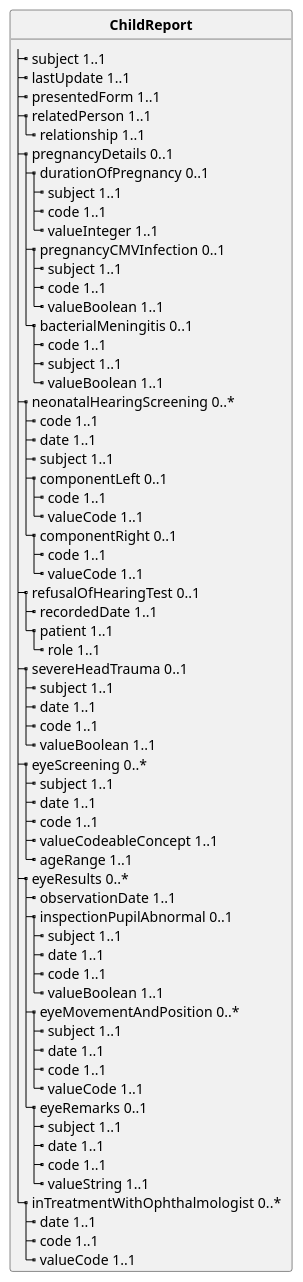
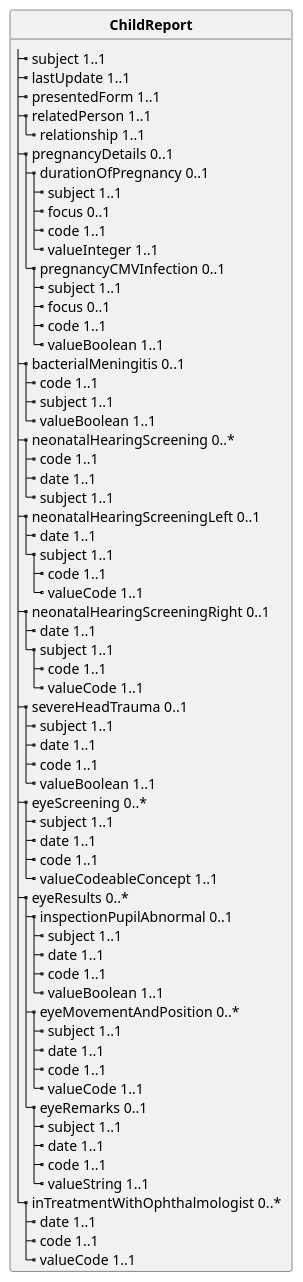
One commit to hl7-be/childrecord changed the diagram in input/images-source/childrecordmodel.plantuml. Above: the diagram before and after it, drawn with PlantUML. The commit also changed other lines of this file, not shown here.

Commit message:
update diagram

```diff
--- a/input/images-source/childrecordmodel.plantuml
+++ b/input/images-source/childrecordmodel.plantuml
@@ -1,72 +1,72 @@
 @startuml
 skinparam linetype polyline
 hide circle
 hide stereotype
 
 class "**ChildReport**" as ChildReport {
   |_ subject 1..1   
   |_ lastUpdate 1..1   
   |_ presentedForm 1..1   
   |_ relatedPerson 1..1   
     |_ relationship 1..1   
   |_ pregnancyDetails 0..1   
     |_ durationOfPregnancy 0..1   
       |_ subject 1..1   
+      |_ focus 0..1   
       |_ code 1..1   
       |_ valueInteger 1..1   
     |_ pregnancyCMVInfection 0..1   
       |_ subject 1..1   
+      |_ focus 0..1   
       |_ code 1..1   
       |_ valueBoolean 1..1   
-    |_ bacterialMeningitis 0..1   
-      |_ code 1..1   
-      |_ subject 1..1   
-      |_ valueBoolean 1..1   
+  |_ bacterialMeningitis 0..1   
+    |_ code 1..1   
+    |_ subject 1..1   
+    |_ valueBoolean 1..1   
   |_ neonatalHearingScreening 0..*   
     |_ code 1..1   
     |_ date 1..1   
     |_ subject 1..1   
-    |_ componentLeft 0..1   
+  |_ neonatalHearingScreeningLeft 0..1   
+    |_ date 1..1   
+    |_ subject 1..1   
       |_ code 1..1   
       |_ valueCode 1..1   
-    |_ componentRight 0..1   
+  |_ neonatalHearingScreeningRight 0..1   
+    |_ date 1..1   
+    |_ subject 1..1   
       |_ code 1..1   
       |_ valueCode 1..1   
-  |_ refusalOfHearingTest 0..1   
-    |_ recordedDate 1..1   
-    |_ patient 1..1   
-      |_ role 1..1   
   |_ severeHeadTrauma 0..1   
     |_ subject 1..1   
     |_ date 1..1   
     |_ code 1..1   
     |_ valueBoolean 1..1   
   |_ eyeScreening 0..*   
     |_ subject 1..1   
     |_ date 1..1   
     |_ code 1..1   
     |_ valueCodeableConcept 1..1   
-    |_ ageRange 1..1   
   |_ eyeResults 0..*   
-    |_ observationDate 1..1   
     |_ inspectionPupilAbnormal 0..1   
       |_ subject 1..1   
       |_ date 1..1   
       |_ code 1..1   
       |_ valueBoolean 1..1   
     |_ eyeMovementAndPosition 0..*   
       |_ subject 1..1   
       |_ date 1..1   
       |_ code 1..1   
       |_ valueCode 1..1   
     |_ eyeRemarks 0..1   
       |_ subject 1..1   
       |_ date 1..1   
       |_ code 1..1   
       |_ valueString 1..1   
   |_ inTreatmentWithOphthalmologist 0..*   
     |_ date 1..1   
     |_ code 1..1   
     |_ valueCode 1..1   
 }
 @enduml
```
